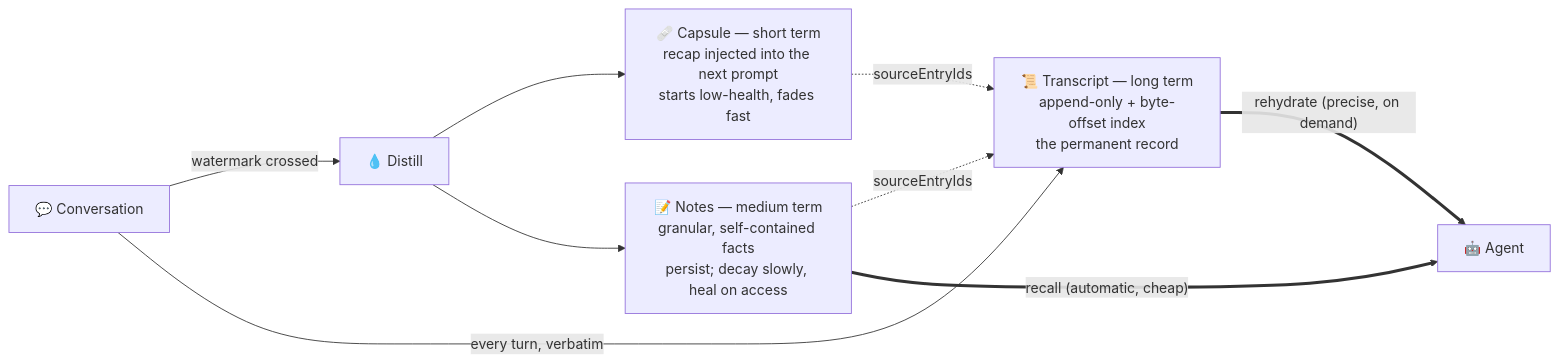
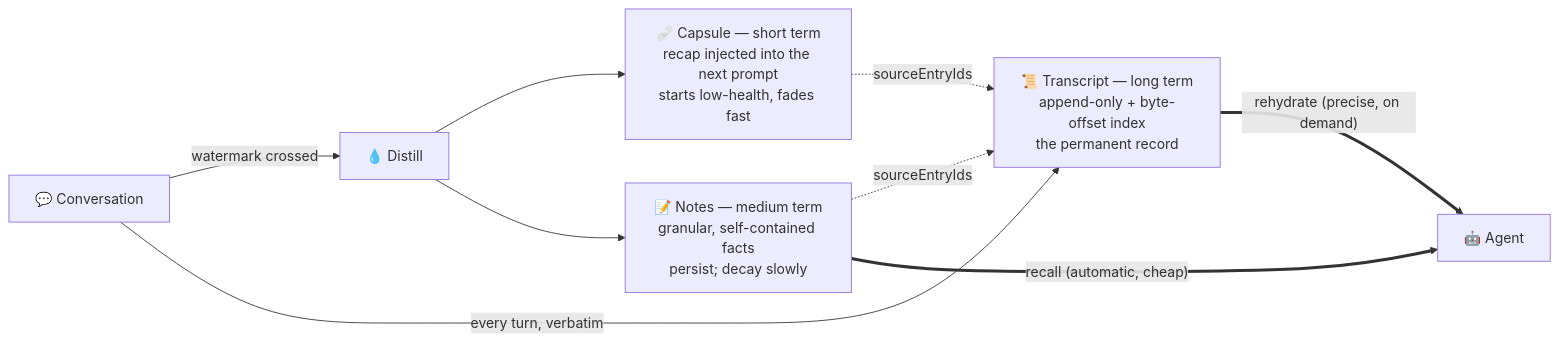
One commit to Hsi431/memory-river changed the first of 3 diagrams in README.md. Above: the diagram before and after it, drawn with Mermaid. The commit also changed other lines of this file and 112 other files, not shown here.

````diff
--- a/README.md
+++ b/README.md
@@ -54,11 +54,11 @@
 ```mermaid
 flowchart LR
     C["💬 Conversation"] -->|"watermark crossed"| D["💧 Distill"]
     C -->|"every turn, verbatim"| T["📜 Transcript — long term<br/>append-only + byte-offset index<br/>the permanent record"]
     D --> CAP["🩹 Capsule — short term<br/>recap injected into the next prompt<br/>starts low-health, fades fast"]
-    D --> N["📝 Notes — medium term<br/>granular, self-contained facts<br/>persist; decay slowly, heal on access"]
+    D --> N["📝 Notes — medium term<br/>granular, self-contained facts<br/>persist; decay slowly"]
     CAP -.->|"sourceEntryIds"| T
     N -.->|"sourceEntryIds"| T
     N ==>|"recall (automatic, cheap)"| A["🤖 Agent"]
     T ==>|"rehydrate (precise, on demand)"| A
 ```
````
